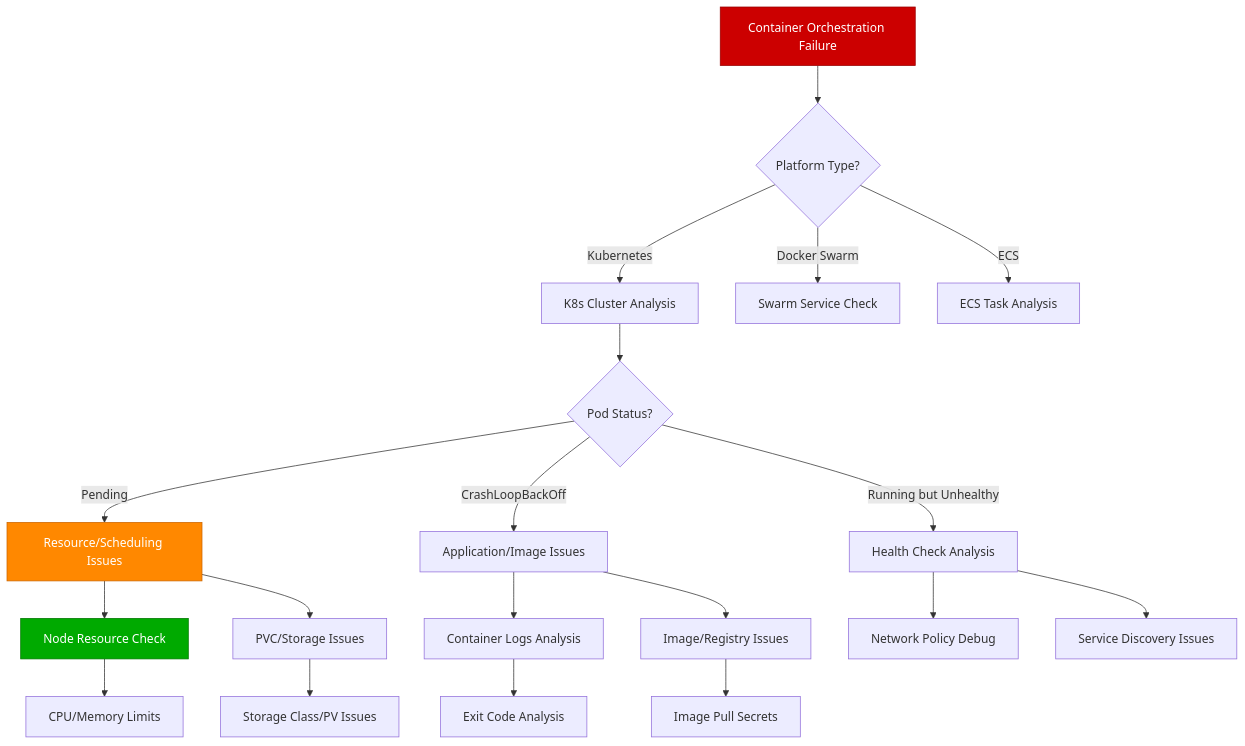
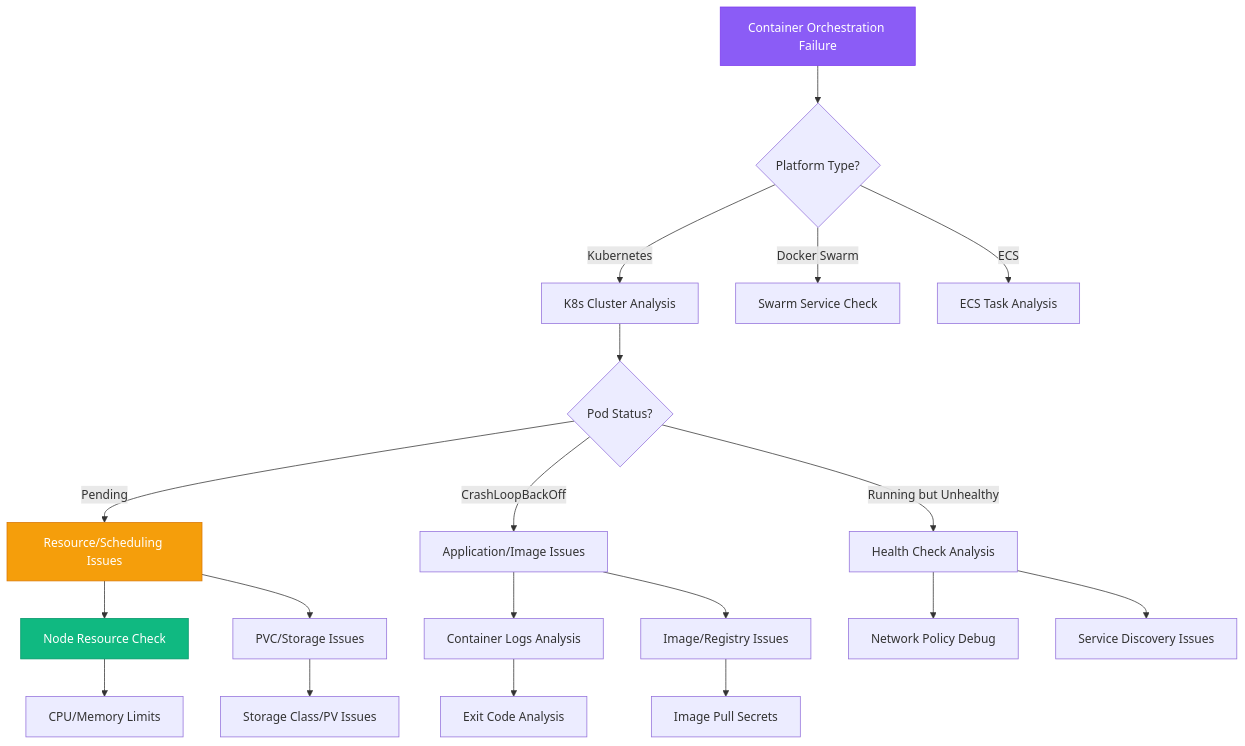
Before and after one commit to deepaucksharma/DS: the diagram in site/docs/debugging/container-orchestration-issues.md, drawn with Mermaid. The commit also changed 303 other files, not shown here.

````diff
--- a/site/docs/debugging/container-orchestration-issues.md
+++ b/site/docs/debugging/container-orchestration-issues.md
@@ -11,31 +11,31 @@
 ```mermaid
 graph TD
     A[Container Orchestration Failure] --> B{Platform Type?}
     B -->|Kubernetes| C[K8s Cluster Analysis]
     B -->|Docker Swarm| D[Swarm Service Check]
     B -->|ECS| E[ECS Task Analysis]
 
     C --> F{Pod Status?}
     F -->|Pending| G[Resource/Scheduling Issues]
     F -->|CrashLoopBackOff| H[Application/Image Issues]
     F -->|Running but Unhealthy| I[Health Check Analysis]
 
     G --> J[Node Resource Check]
     G --> K[PVC/Storage Issues]
 
     H --> L[Container Logs Analysis]
     H --> M[Image/Registry Issues]
 
     I --> N[Network Policy Debug]
     I --> O[Service Discovery Issues]
 
     J --> P[CPU/Memory Limits]
     K --> Q[Storage Class/PV Issues]
 
     L --> R[Exit Code Analysis]
     M --> S[Image Pull Secrets]
 
-    style A fill:#CC0000,stroke:#990000,color:#fff
-    style G fill:#FF8800,stroke:#CC6600,color:#fff
-    style J fill:#00AA00,stroke:#007700,color:#fff
+    style A fill:#8B5CF6,stroke:#7C3AED,color:#fff
+    style G fill:#F59E0B,stroke:#D97706,color:#fff
+    style J fill:#10B981,stroke:#059669,color:#fff
 ```
````
